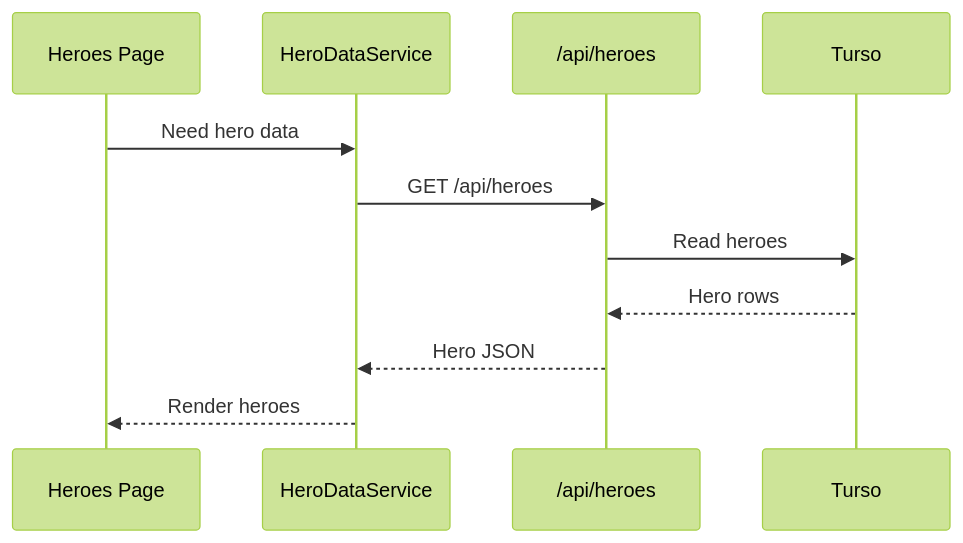
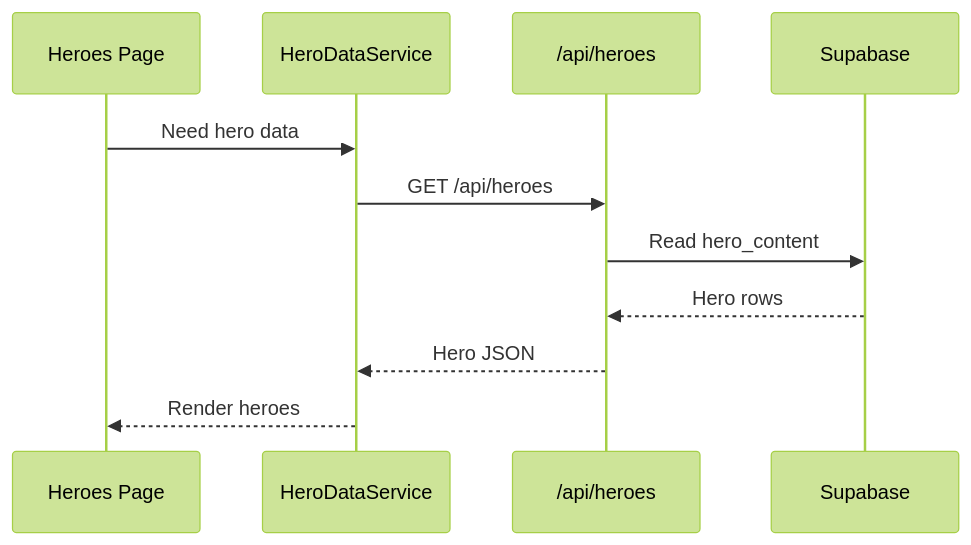
The fourth of 8 diagrams in docs/content-data-flow.md (anthonyturner/rivals-pulse-web), drawn with Mermaid (forest theme) before and after one commit. The commit also changed other lines of this file and 44 other files, not shown here.

````diff
--- a/docs/content-data-flow.md
+++ b/docs/content-data-flow.md
@@ -91,14 +95,14 @@
 ```mermaid
 sequenceDiagram
   participant Page as Heroes Page
   participant Service as HeroDataService
   participant Api as /api/heroes
-  participant DB as Turso
+  participant DB as Supabase
 
   Page->>Service: Need hero data
   Service->>Api: GET /api/heroes
-  Api->>DB: Read heroes
+  Api->>DB: Read hero_content
   DB-->>Api: Hero rows
   Api-->>Service: Hero JSON
   Service-->>Page: Render heroes
 ```
````
